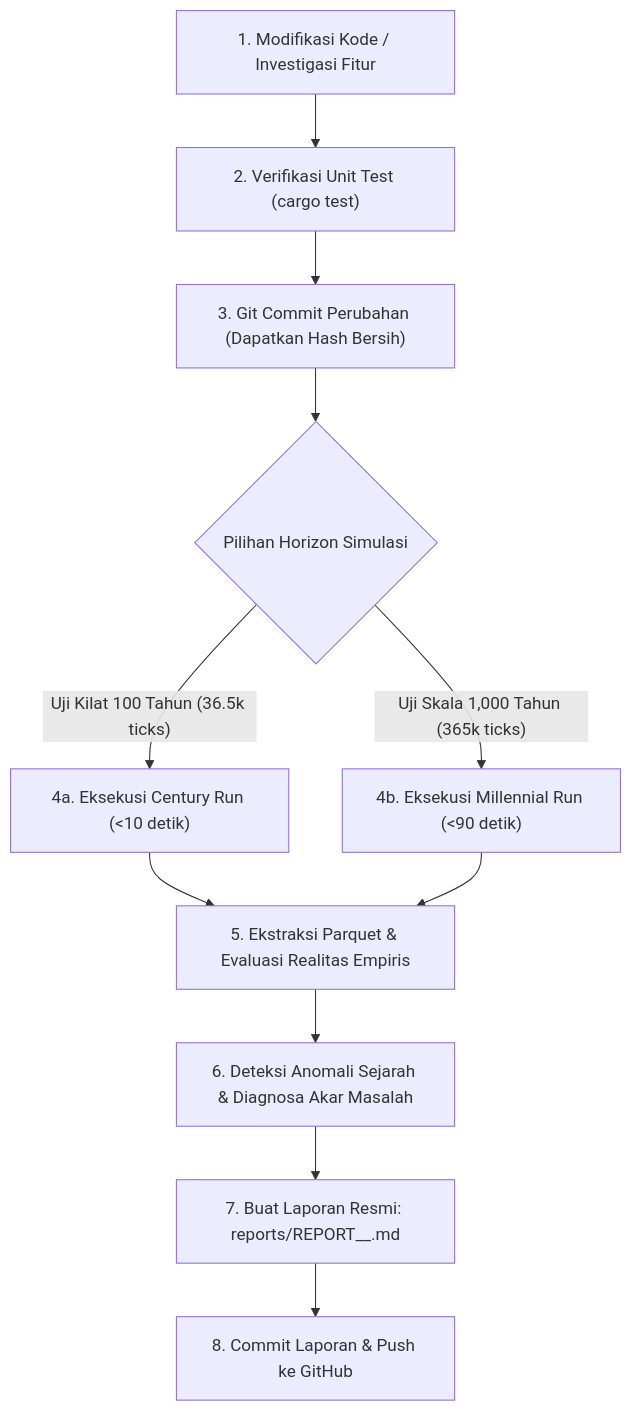
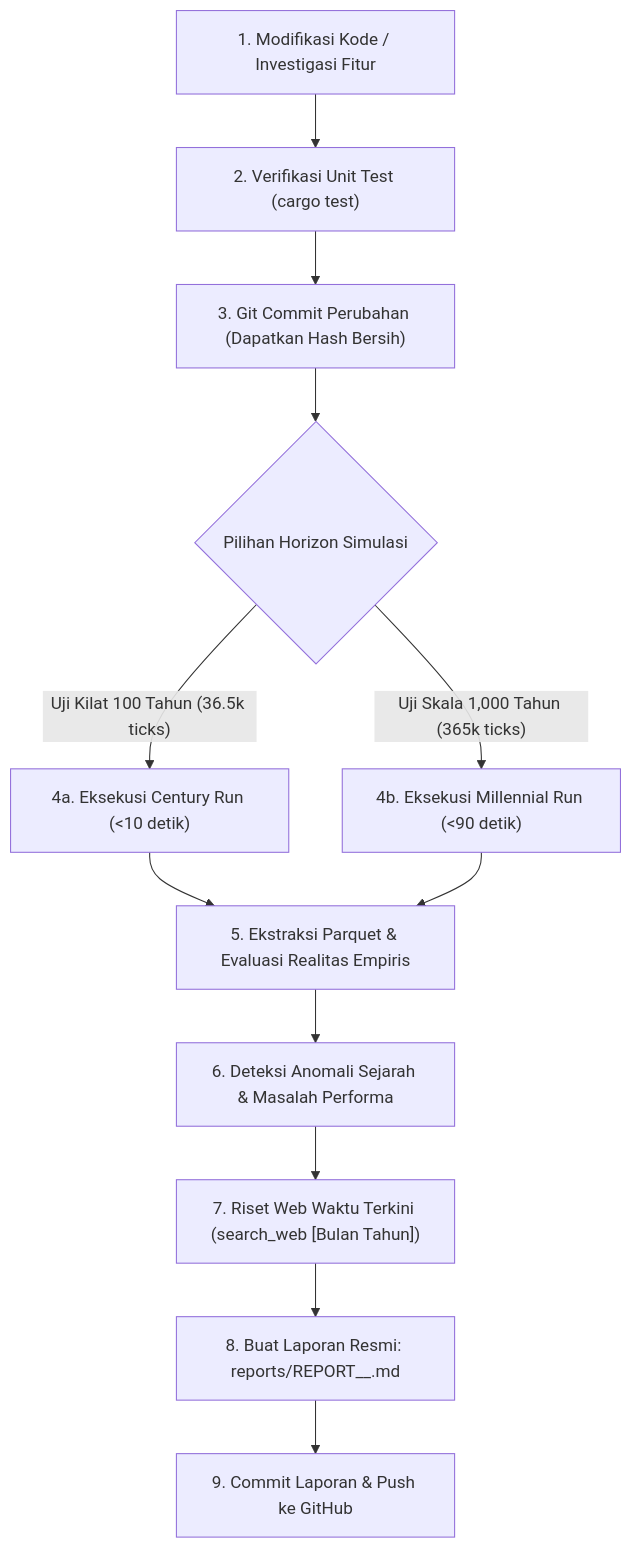
Before and after one commit to ihkaru/economy: the diagram in .agents/skills/simulation-benchmark-reporter/SKILL.md, drawn with Mermaid. The commit also changed other lines of this file and 2 other files, not shown here.

Commit message:
docs(skills): mandate time-anchored web research (search_web per month & year) for gap and performance remediation

````diff
--- a/.agents/skills/simulation-benchmark-reporter/SKILL.md
+++ b/.agents/skills/simulation-benchmark-reporter/SKILL.md
@@ -75,13 +87,14 @@
 ```mermaid
 flowchart TD
     A["1. Modifikasi Kode / Investigasi Fitur"] --> B["2. Verifikasi Unit Test (cargo test)"]
     B --> C["3. Git Commit Perubahan (Dapatkan Hash Bersih)"]
     C --> D{"Pilihan Horizon Simulasi"}
     D -->|"Uji Kilat 100 Tahun (36.5k ticks)"| E["4a. Eksekusi Century Run (<10 detik)"]
     D -->|"Uji Skala 1,000 Tahun (365k ticks)"| F["4b. Eksekusi Millennial Run (<90 detik)"]
     E --> G["5. Ekstraksi Parquet & Evaluasi Realitas Empiris"]
     F --> G
-    G --> H["6. Deteksi Anomali Sejarah & Diagnosa Akar Masalah"]
-    H --> I["7. Buat Laporan Resmi: reports/REPORT_<commit>_<topic>.md"]
-    I --> J["8. Commit Laporan & Push ke GitHub"]
+    G --> H["6. Deteksi Anomali Sejarah & Masalah Performa"]
+    H --> I["7. Riset Web Waktu Terkini (search_web [Bulan Tahun])"]
+    I --> J["8. Buat Laporan Resmi: reports/REPORT_<commit>_<topic>.md"]
+    J --> K["9. Commit Laporan & Push ke GitHub"]
 ```
````
